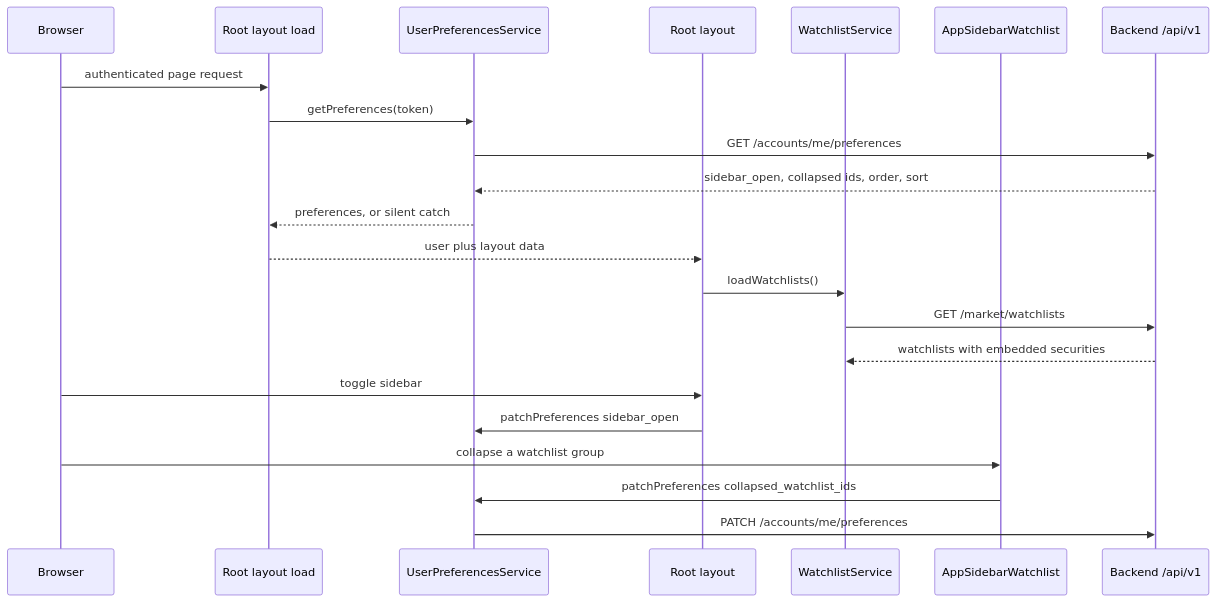
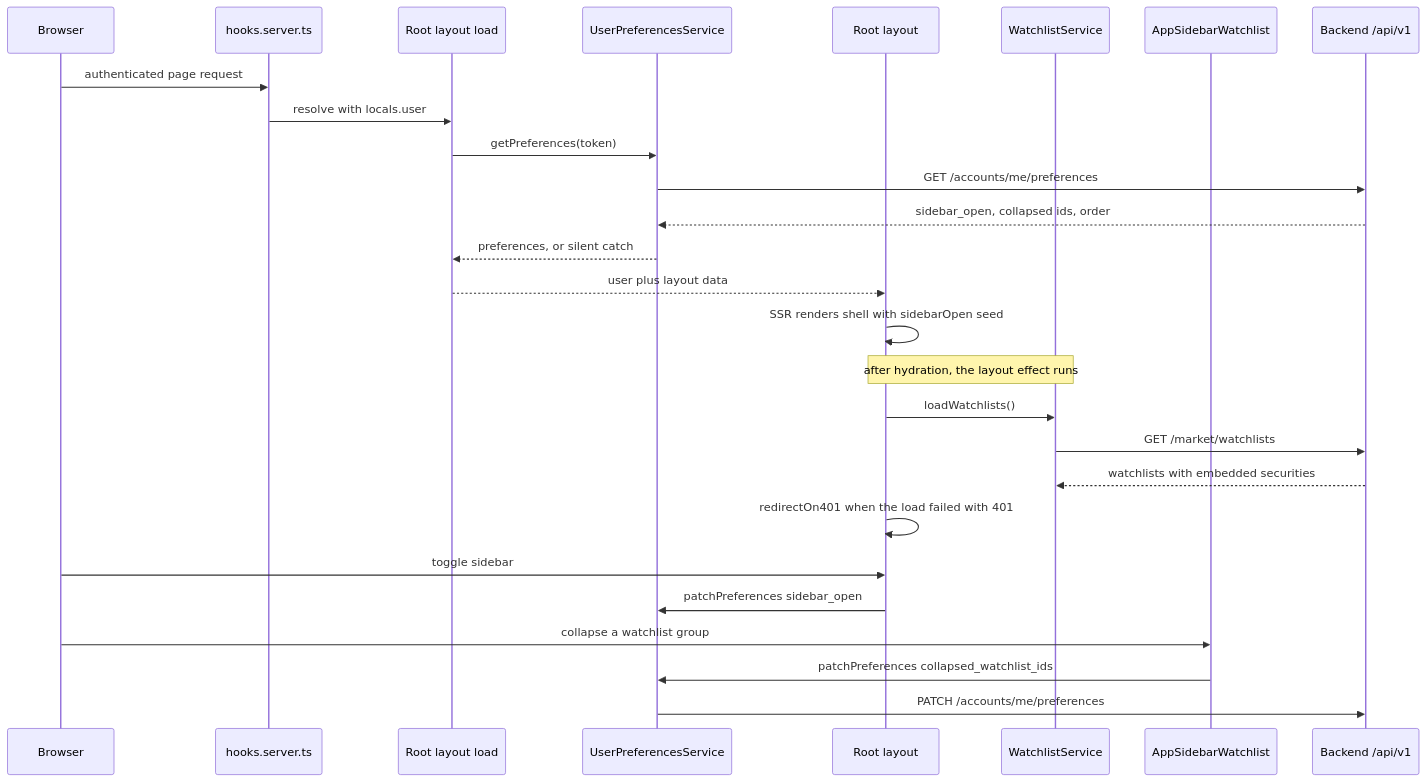
Before and after one commit to havekes/retail-portfolio: the second of 3 diagrams in openwiki/architecture/frontend.md, drawn with Mermaid. The commit also changed other lines of this file and 32 other files, not shown here.

````diff
--- a/openwiki/architecture/frontend.md
+++ b/openwiki/architecture/frontend.md
@@ -228,25 +240,30 @@
 ```mermaid
 sequenceDiagram
     participant Browser
+    participant Hook as hooks.server.ts
     participant Load as Root layout load
     participant Prefs as UserPreferencesService
     participant Layout as Root layout
     participant WL as WatchlistService
     participant Sidebar as AppSidebarWatchlist
     participant API as Backend /api/v1
 
-    Browser->>Load: authenticated page request
+    Browser->>Hook: authenticated page request
+    Hook->>Load: resolve with locals.user
     Load->>Prefs: getPreferences(token)
     Prefs->>API: GET /accounts/me/preferences
-    API-->>Prefs: sidebar_open, collapsed ids, order, sort
+    API-->>Prefs: sidebar_open, collapsed ids, order
     Prefs-->>Load: preferences, or silent catch
     Load-->>Layout: user plus layout data
+    Layout->>Layout: SSR renders shell with sidebarOpen seed
+    Note over Layout,WL: after hydration, the layout effect runs
     Layout->>WL: loadWatchlists()
     WL->>API: GET /market/watchlists
     API-->>WL: watchlists with embedded securities
+    Layout->>Layout: redirectOn401 when the load failed with 401
     Browser->>Layout: toggle sidebar
     Layout->>Prefs: patchPreferences sidebar_open
     Browser->>Sidebar: collapse a watchlist group
     Sidebar->>Prefs: patchPreferences collapsed_watchlist_ids
     Prefs->>API: PATCH /accounts/me/preferences
 ```
````
